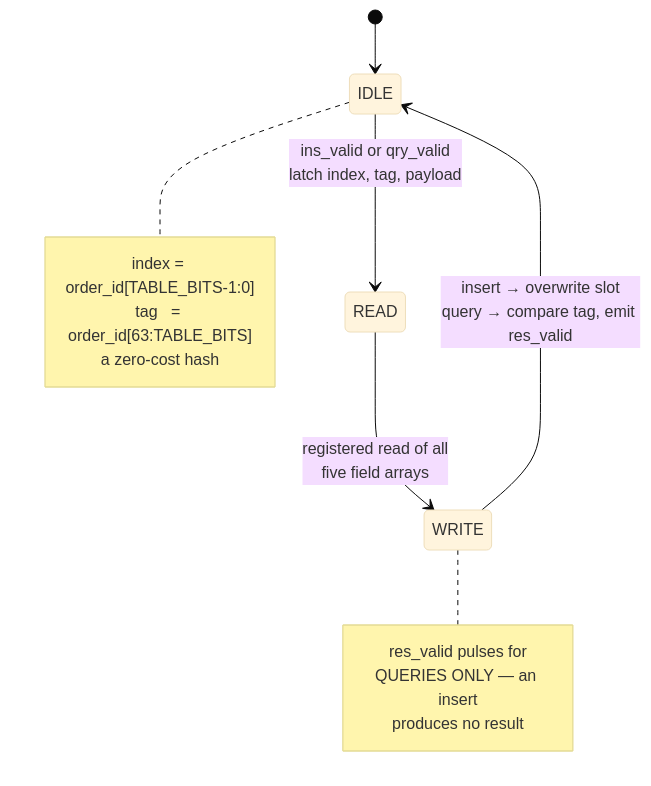
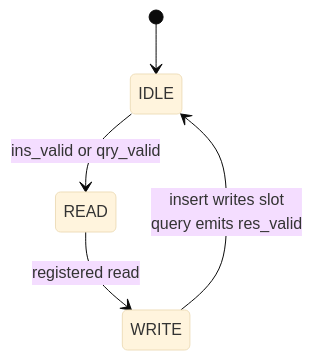
Before and after one commit to Rushmello369/fpga-feed-handler: the second of 5 diagrams in docs/diagrams/order_lookup.md, drawn with Mermaid (base theme). The commit also changed other lines of this file and 12 other files, not shown here.

Commit message:
add diagrams for system and module architectures

````diff
--- a/docs/diagrams/order_lookup.md
+++ b/docs/diagrams/order_lookup.md
@@ -45,19 +31,7 @@
 ```mermaid
 stateDiagram-v2
     [*] --> IDLE
-    IDLE --> READ : ins_valid or qry_valid<br/>latch index, tag, payload
-    READ --> WRITE : registered read of all<br/>five field arrays
-    WRITE --> IDLE : insert → overwrite slot<br/>query → compare tag, emit res_valid
-
-    note right of IDLE
-        index = order_id[TABLE_BITS-1:0]
-        tag   = order_id[63:TABLE_BITS]
-        a zero-cost hash
-    end note
-
-    note right of WRITE
-        res_valid pulses for
-        QUERIES ONLY — an insert
-        produces no result
-    end note
+    IDLE --> READ: ins_valid or qry_valid
+    READ --> WRITE: registered read
+    WRITE --> IDLE: insert writes slot<br/>query emits res_valid
 ```
````
